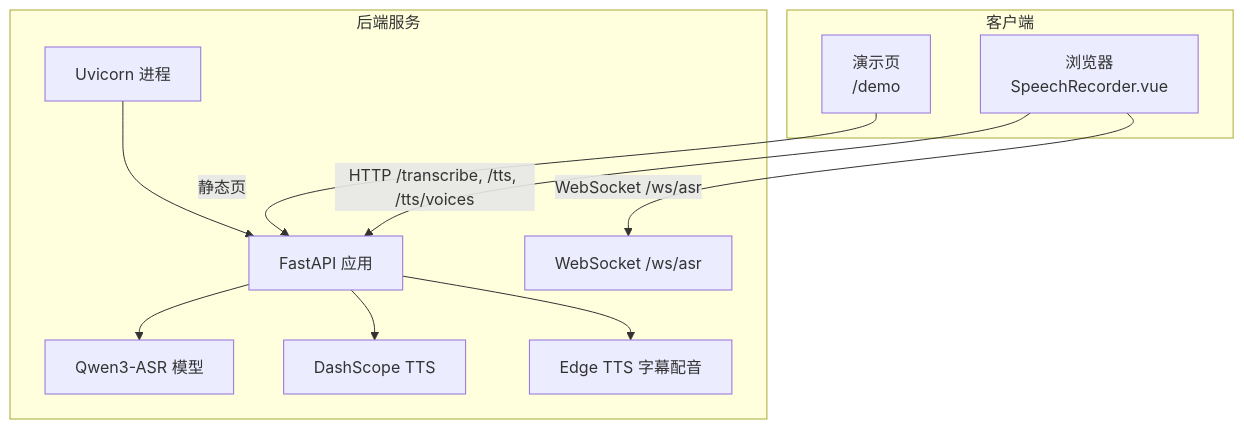
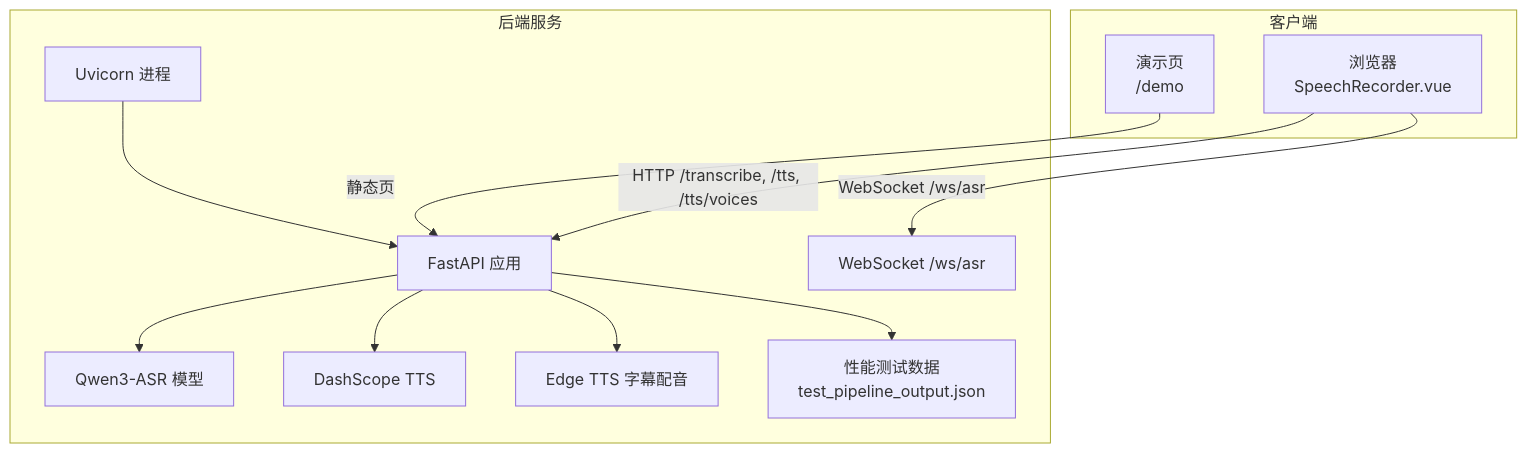
One commit to 1024dashen/Vue3Speech changed the second of 9 diagrams in .qoder/repowiki/zh/content/开发者指南/测试策略与实践.md. Above: the diagram before and after it, drawn with Mermaid. The commit also changed other lines of this file and 8 other files, not shown here.

````diff
--- a/.qoder/repowiki/zh/content/开发者指南/测试策略与实践.md
+++ b/.qoder/repowiki/zh/content/开发者指南/测试策略与实践.md
@@ -84,22 +100,24 @@
 ```mermaid
 graph TB
 subgraph "客户端"
 Browser["浏览器<br/>SpeechRecorder.vue"]
 Demo["演示页<br/>/demo"]
 end
 subgraph "后端服务"
 Uvicorn["Uvicorn 进程"]
 FastAPI["FastAPI 应用"]
 ASR["Qwen3-ASR 模型"]
 TTS["DashScope TTS"]
 Edge["Edge TTS 字幕配音"]
 WS["WebSocket /ws/asr"]
+PERF["性能测试数据<br/>test_pipeline_output.json"]
 end
 Browser --> |"HTTP /transcribe, /tts, /tts/voices"| FastAPI
 Browser --> |"WebSocket /ws/asr"| WS
 Demo --> |"静态页"| FastAPI
 FastAPI --> ASR
 FastAPI --> TTS
 FastAPI --> Edge
+FastAPI --> PERF
 Uvicorn --> FastAPI
 ```
````
